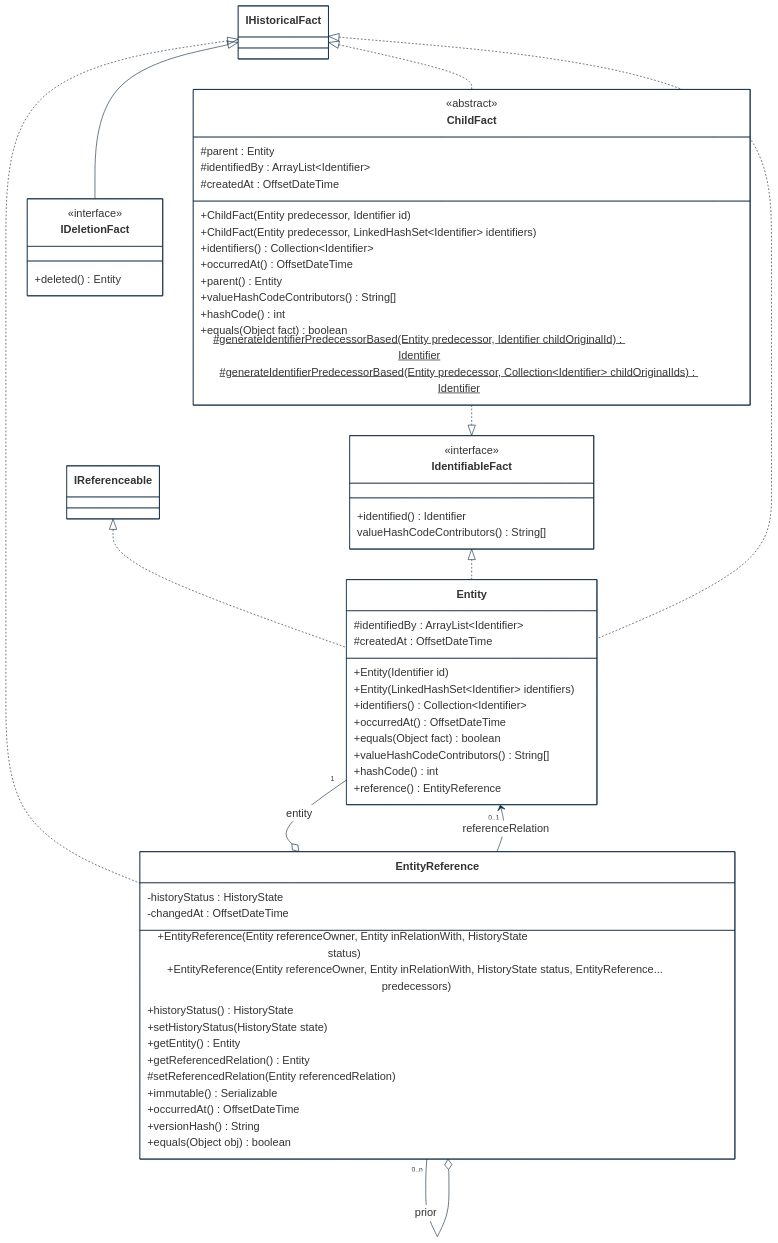
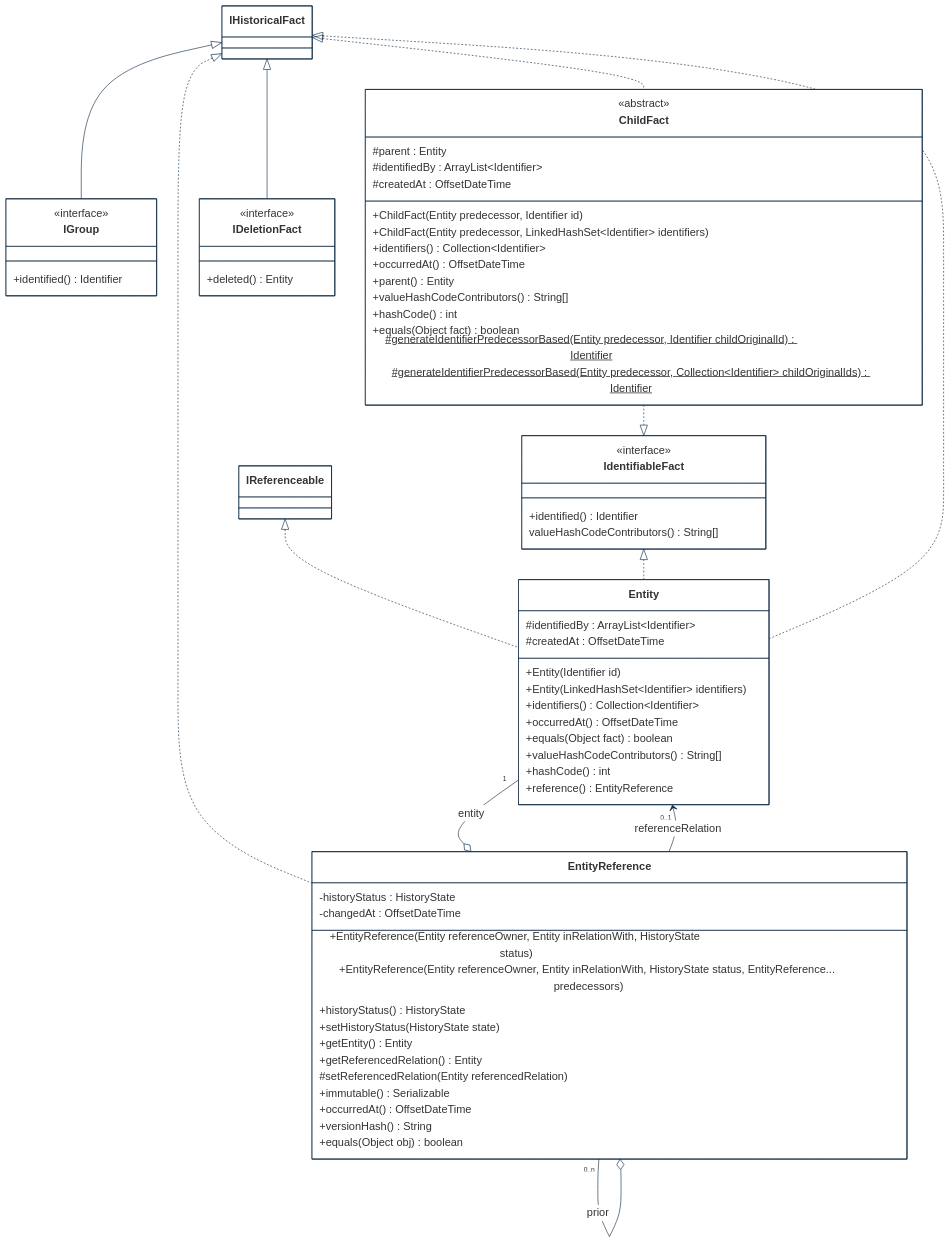
Before and after one commit to cybnity/foundation: the first of 6 diagrams in implementations-line/framework/immutable/designview-packages.md, drawn with Mermaid.

```diff
--- a/implementations-line/framework/immutable/designview-packages.md
+++ b/implementations-line/framework/immutable/designview-packages.md
@@ -56,6 +56,7 @@
   }
 }%%
 classDiagram
+    IHistoricalFact <|-- IGroup
     IReferenceable <|.. Entity
     ChildFact ..|> IdentifiableFact
     IdentifiableFact <|.. Entity
@@ -67,6 +68,10 @@
     Entity "0..1" <-- EntityReference : referenceRelation
     IHistoricalFact <|-- IDeletionFact
 
+    class IGroup {
+        <<interface>>
+        +identified() Identifier
+    }
     class IdentifiableFact {
         <<interface>>
         +identified() Identifier
```
